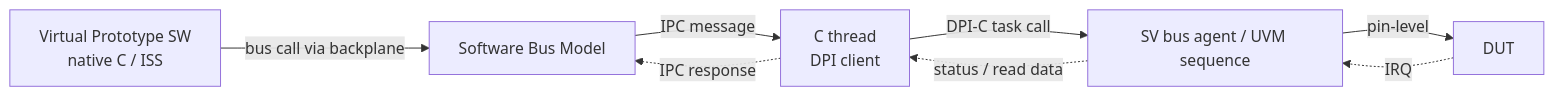
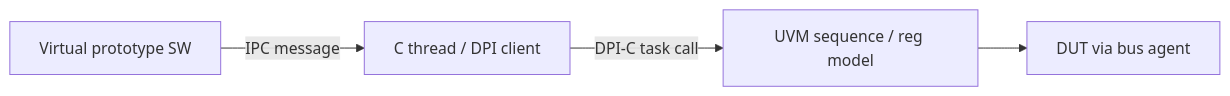
Before and after one commit to nemo99007/yt-paper: the diagram in docs/papers/ref-20261018-6a03-easy-steps-towards-virtual-prototyping-using-the-systemveril.md, drawn with Mermaid. The commit also changed other lines of this file and 29 other files, not shown here.

````diff
--- a/docs/papers/ref-20261018-6a03-easy-steps-towards-virtual-prototyping-using-the-systemveril.md
+++ b/docs/papers/ref-20261018-6a03-easy-steps-towards-virtual-prototyping-using-the-systemveril.md
@@ -268,10 +220,6 @@
 ```mermaid
 flowchart LR
-  SW[Virtual Prototype SW<br/>native C / ISS] -->|bus call via backplane| BM[Software Bus Model]
-  BM -->|IPC message| CT[C thread<br/>DPI client]
-  CT -->|DPI-C task call| SV[SV bus agent / UVM sequence]
-  SV -->|pin-level| DUT[DUT]
-  DUT -.->|IRQ| SV
-  SV -.->|status / read data| CT
-  CT -.->|IPC response| BM
+  SW[Virtual prototype SW] -->|IPC message| C[C thread / DPI client]
+  C -->|DPI-C task call| UVM[UVM sequence / reg model]
+  UVM --> DUT[DUT via bus agent]
 ```
````
